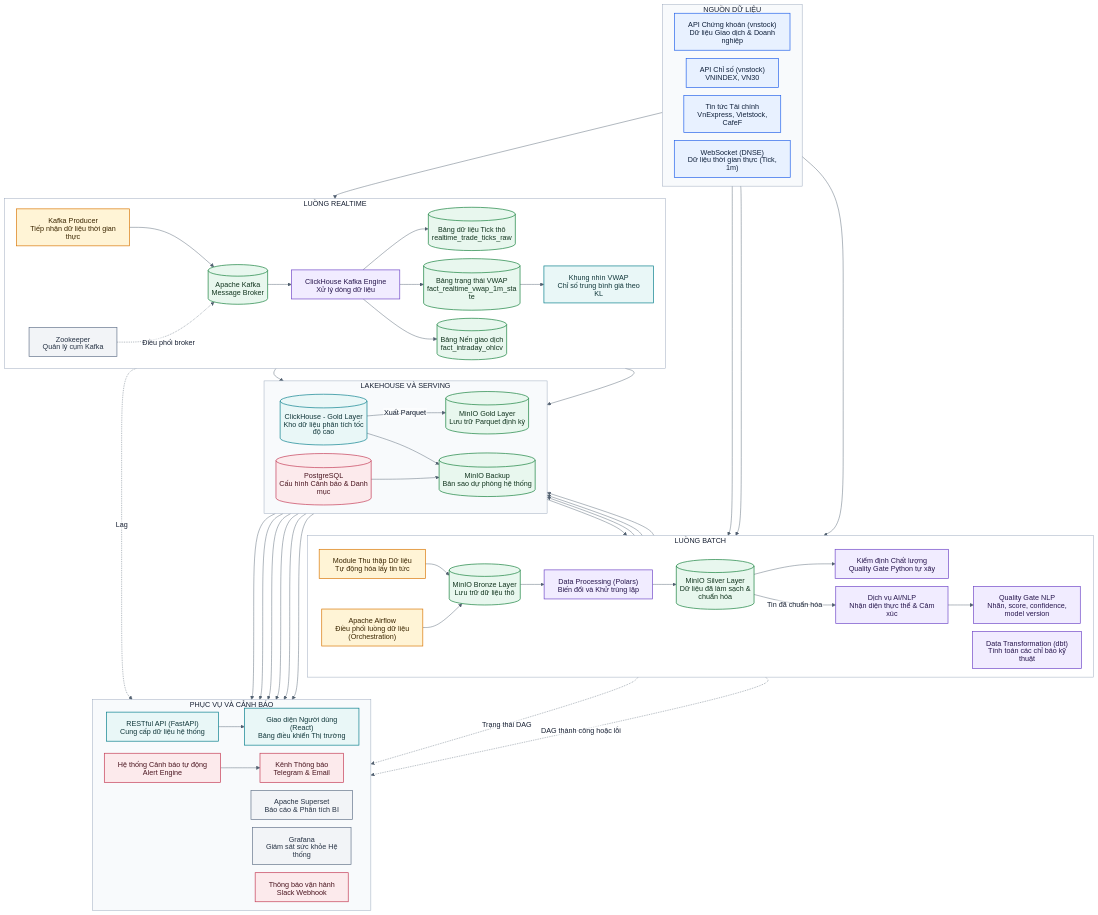
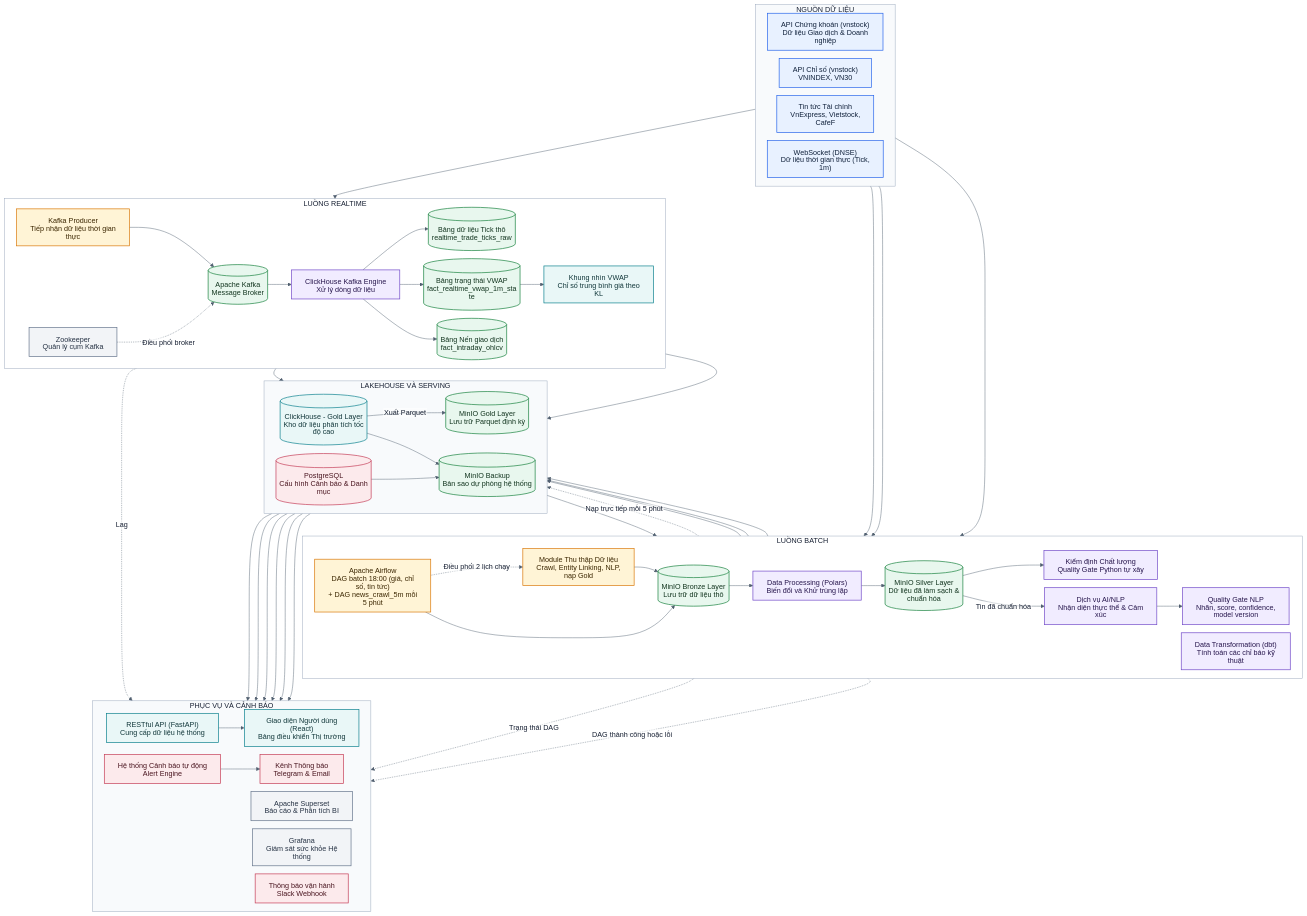
Before and after one commit to mihuyen/DataEngineerVDT: the diagram in docs/architecture/system_architecture.mmd, drawn with Mermaid. The commit also changed 8 other files, not shown here.

First line of the commit message:
Add news crawling DAG and enhance dashboard API with news sentiment articles

```diff
--- a/docs/architecture/system_architecture.mmd
+++ b/docs/architecture/system_architecture.mmd
@@ -1,96 +1,98 @@
 %%{init: {"theme":"base","htmlLabels":false,"flowchart":{"htmlLabels":false,"curve":"basis","nodeSpacing":18,"rankSpacing":28,"diagramPadding":6},"themeVariables":{"background":"#ffffff","primaryTextColor":"#172033","lineColor":"#526070","clusterBkg":"#f8fafc","clusterBorder":"#cbd5e1","edgeLabelBackground":"#ffffff","titleColor":"#172033","fontFamily":"Arial"}}}%%
 flowchart TB
   classDef source fill:#E8F1FF,stroke:#2563EB,color:#10213B,stroke-width:1.5px;
   classDef ingest fill:#FFF4D6,stroke:#D97706,color:#3B2600,stroke-width:1.5px;
   classDef storage fill:#E8F7EE,stroke:#16803C,color:#12351F,stroke-width:1.5px;
   classDef process fill:#F1ECFF,stroke:#7048C8,color:#27164D,stroke-width:1.5px;
   classDef serving fill:#E9F7F7,stroke:#087F8C,color:#12383B,stroke-width:1.5px;
   classDef ops fill:#FCEAEC,stroke:#C43B55,color:#4A1620,stroke-width:1.5px;
   classDef observe fill:#F2F4F7,stroke:#64748B,color:#263244,stroke-width:1.5px;
 
   subgraph SOURCES[NGUỒN DỮ LIỆU]
     direction LR
     KBS["API Chứng khoán (vnstock)<br/>Dữ liệu Giao dịch & Doanh nghiệp"]:::source
     VCI["API Chỉ số (vnstock)<br/>VNINDEX, VN30"]:::source
     NEWS[Tin tức Tài chính<br/>VnExpress, Vietstock, CafeF]:::source
     DNSE["WebSocket (DNSE)<br/>Dữ liệu thời gian thực (Tick, 1m)"]:::source
   end
 
   subgraph BATCH[LUỒNG BATCH]
     direction LR
-    AIRFLOW["Apache Airflow<br/>Điều phối luồng dữ liệu (Orchestration)"]:::ingest
-    CRAWLER[Module Thu thập Dữ liệu<br/>Tự động hóa lấy tin tức]:::ingest
+    AIRFLOW["Apache Airflow<br/>DAG batch 18:00 (giá, chỉ số, tin tức)<br/>+ DAG news_crawl_5m mỗi 5 phút"]:::ingest
+    CRAWLER[Module Thu thập Dữ liệu<br/>Crawl, Entity Linking, NLP, nạp Gold]:::ingest
     BRONZE[("MinIO Bronze Layer<br/>Lưu trữ dữ liệu thô")]:::storage
     SILVER[("MinIO Silver Layer<br/>Dữ liệu đã làm sạch & chuẩn hóa")]:::storage
     TRANSFORM["Data Processing (Polars)<br/>Biến đổi và Khử trùng lặp"]:::process
     QUALITY[Kiểm định Chất lượng<br/>Quality Gate Python tự xây]:::process
     DBT["Data Transformation (dbt)<br/>Tính toán các chỉ báo kỹ thuật"]:::process
     NLP[Dịch vụ AI/NLP<br/>Nhận diện thực thể & Cảm xúc]:::process
     NLPQ[Quality Gate NLP<br/>Nhãn, score, confidence, model version]:::process
   end
 
   subgraph STREAM[LUỒNG REALTIME]
     direction LR
     PRODUCER[Kafka Producer<br/>Tiếp nhận dữ liệu thời gian thực]:::ingest
     KAFKA[("Apache Kafka<br/>Message Broker")]:::storage
     ZK[Zookeeper<br/>Quản lý cụm Kafka]:::observe
     KENGINE[ClickHouse Kafka Engine<br/>Xử lý dòng dữ liệu]:::process
     RAWTICK[("Bảng dữ liệu Tick thô<br/>realtime_trade_ticks_raw")]:::storage
     VWAPSTATE[("Bảng trạng thái VWAP<br/>fact_realtime_vwap_1m_state")]:::storage
     INTRADAY[("Bảng Nến giao dịch<br/>fact_intraday_ohlcv")]:::storage
     VWAPVIEW[Khung nhìn VWAP<br/>Chỉ số trung bình giá theo KL]:::serving
   end
 
   subgraph LAKE_SERVE[LAKEHOUSE VÀ SERVING]
     direction LR
     CLICKHOUSE[("ClickHouse - Gold Layer<br/>Kho dữ liệu phân tích tốc độ cao")]:::serving
     GOLD[("MinIO Gold Layer<br/>Lưu trữ Parquet định kỳ")]:::storage
     BACKUP[("MinIO Backup<br/>Bản sao dự phòng hệ thống")]:::storage
     POSTGRES[("PostgreSQL<br/>Cấu hình Cảnh báo & Danh mục")]:::ops
   end
 
   subgraph CONSUME[PHỤC VỤ VÀ CẢNH BÁO]
     direction LR
     API["RESTful API (FastAPI)<br/>Cung cấp dữ liệu hệ thống"]:::serving
     REACT["Giao diện Người dùng (React)<br/>Bảng điều khiển Thị trường"]:::serving
     SUPERSET[Apache Superset<br/>Báo cáo & Phân tích BI]:::observe
     GRAFANA[Grafana<br/>Giám sát sức khỏe Hệ thống]:::observe
     ALERT[Hệ thống Cảnh báo tự động<br/>Alert Engine]:::ops
     CHANNEL[Kênh Thông báo<br/>Telegram & Email]:::ops
     SLACK[Thông báo vận hành<br/>Slack Webhook]:::ops
   end
 
   KBS --> AIRFLOW
   VCI --> AIRFLOW
   NEWS --> CRAWLER --> BRONZE
+  AIRFLOW -. Điều phối 2 lịch chạy .-> CRAWLER
+  CRAWLER -.->|Nạp trực tiếp mỗi 5 phút| CLICKHOUSE
   AIRFLOW --> BRONZE
   BRONZE --> TRANSFORM --> SILVER --> QUALITY
   QUALITY --> CLICKHOUSE
   CLICKHOUSE --> DBT --> CLICKHOUSE
   SILVER -->|Tin đã chuẩn hóa| NLP --> NLPQ --> CLICKHOUSE
   CLICKHOUSE -->|Xuất Parquet| GOLD
   CLICKHOUSE --> BACKUP
   POSTGRES --> BACKUP
 
   DNSE --> PRODUCER --> KAFKA --> KENGINE
   ZK -. Điều phối broker .-> KAFKA
   KENGINE --> RAWTICK
   KENGINE --> VWAPSTATE --> VWAPVIEW --> CLICKHOUSE
   KENGINE --> INTRADAY --> CLICKHOUSE
 
   CLICKHOUSE --> API
   POSTGRES --> API
   API --> REACT
   CLICKHOUSE --> SUPERSET
   CLICKHOUSE --> GRAFANA
   CLICKHOUSE --> ALERT
   POSTGRES --> ALERT --> CHANNEL
   AIRFLOW -. Trạng thái DAG .-> API
   AIRFLOW -. DAG thành công hoặc lỗi .-> SLACK
   KAFKA -. Lag .-> GRAFANA
 
   style SOURCES fill:#F8FAFC,stroke:#94A3B8,color:#172033
   style BATCH fill:#FFFFFF,stroke:#94A3B8,color:#172033
   style STREAM fill:#FFFFFF,stroke:#94A3B8,color:#172033
   style LAKE_SERVE fill:#F8FAFC,stroke:#94A3B8,color:#172033
   style CONSUME fill:#F8FAFC,stroke:#94A3B8,color:#172033
```
